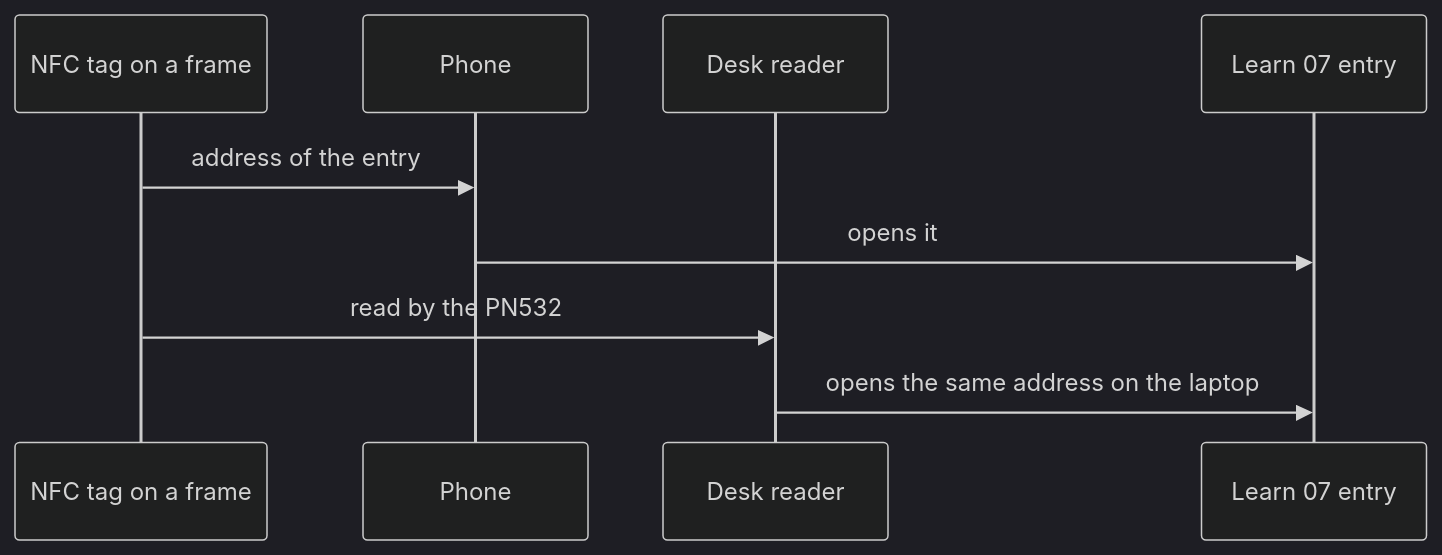
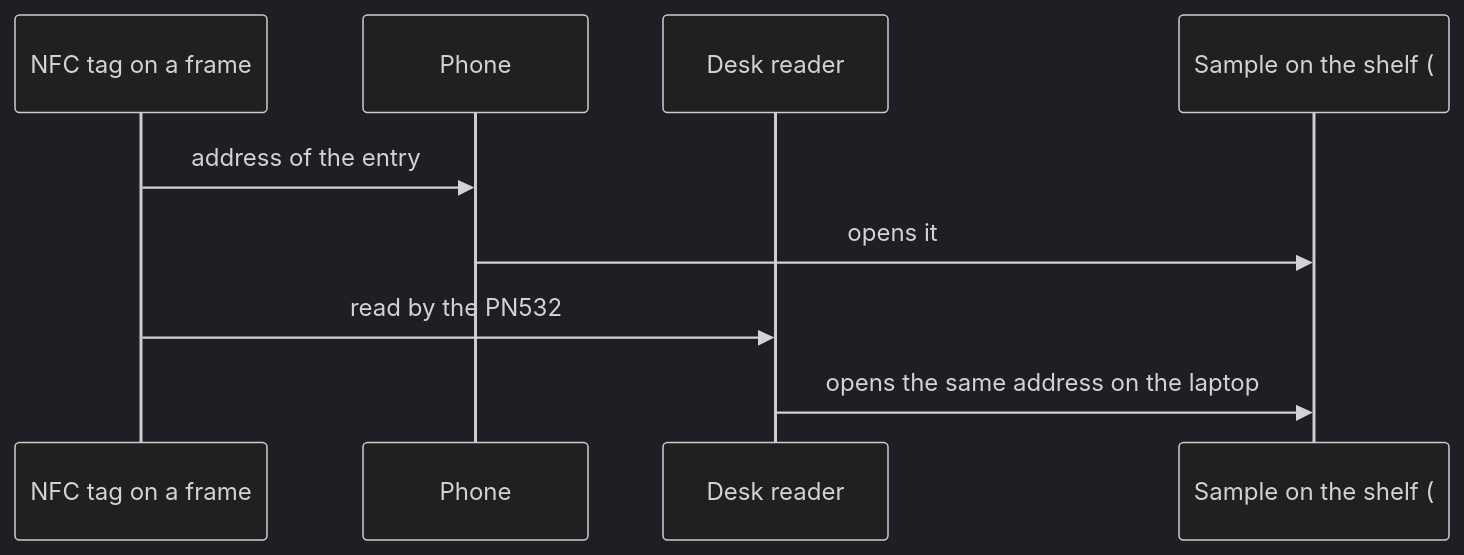
One commit to NijatM/KnittingPixelArtEditor changed the ninth of 9 diagrams in docs/ARCHITECTURE.md. Above: the diagram before and after it, drawn with Mermaid (dark theme). The commit also changed other lines of this file and 471 other files, not shown here.

Commit message:
Knitting Taxonomy M1 + M2: schemas, vocabularies, 300 generated demo samples, record check and tag format; #taxonomy section with the Samples shelf (sort, hover/dwell/pin, search, keys, details band, full record); Learn 07 removed, old tag address redirects

````diff
--- a/docs/ARCHITECTURE.md
+++ b/docs/ARCHITECTURE.md
@@ -297,11 +297,11 @@
 ```mermaid
 sequenceDiagram
   participant T as NFC tag on a frame
   participant P as Phone
   participant R as Desk reader
-  participant S as Learn 07 entry
+  participant S as Sample on the shelf (#taxonomy/SMP_0001)
   T->>P: address of the entry
   P->>S: opens it
   T->>R: read by the PN532
   R->>S: opens the same address on the laptop
 ```
````
